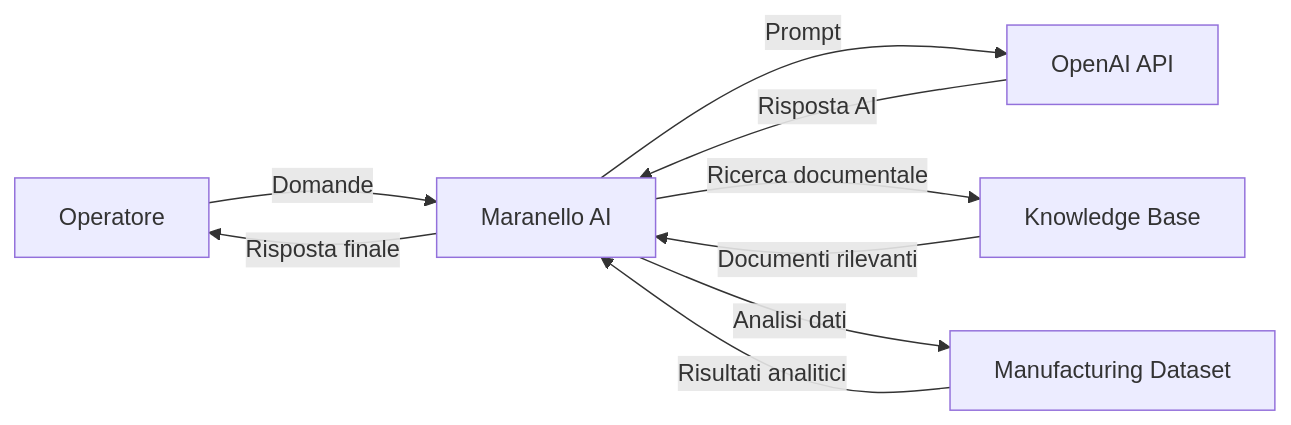
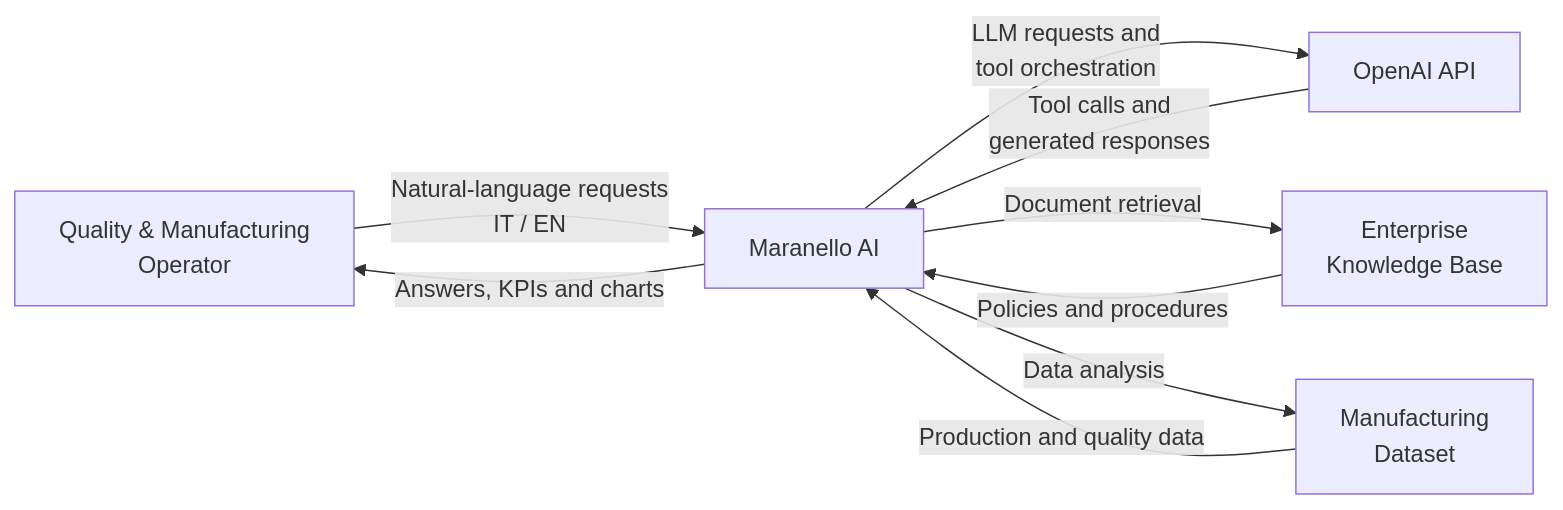
Before and after one commit to marcosaccani1/maranello-ai: the second of 10 diagrams in docs/it/03_System_Architecture.md, drawn with Mermaid. The commit also changed other lines of this file and 7 other files, not shown here.

````diff
--- a/docs/it/03_System_Architecture.md
+++ b/docs/it/03_System_Architecture.md
@@ -249,29 +311,18 @@
 ```mermaid
 flowchart LR
 
-User["Operatore"]
+    User["Quality & Manufacturing<br/>Operator"]
+    System["Maranello AI"]
+    OpenAI["OpenAI API"]
+    KB["Enterprise<br/>Knowledge Base"]
+    Dataset["Manufacturing<br/>Dataset"]
 
-System["Maranello AI"]
-
-OpenAI["OpenAI API"]
-
-KB["Knowledge Base"]
-
-Dataset["Manufacturing Dataset"]
-
-User -->|"Domande"| System
-
-System -->|"Prompt"| OpenAI
-
-System -->|"Ricerca documentale"| KB
-
-System -->|"Analisi dati"| Dataset
-
-OpenAI -->|"Risposta AI"| System
-
-KB -->|"Documenti rilevanti"| System
-
-Dataset -->|"Risultati analitici"| System
-
-System -->|"Risposta finale"| User
+    User -->|"Natural-language requests<br/>IT / EN"| System
+    System -->|"LLM requests and<br/>tool orchestration"| OpenAI
+    OpenAI -->|"Tool calls and<br/>generated responses"| System
+    System -->|"Document retrieval"| KB
+    KB -->|"Policies and procedures"| System
+    System -->|"Data analysis"| Dataset
+    Dataset -->|"Production and quality data"| System
+    System -->|"Answers, KPIs and charts"| User
 ```
````
